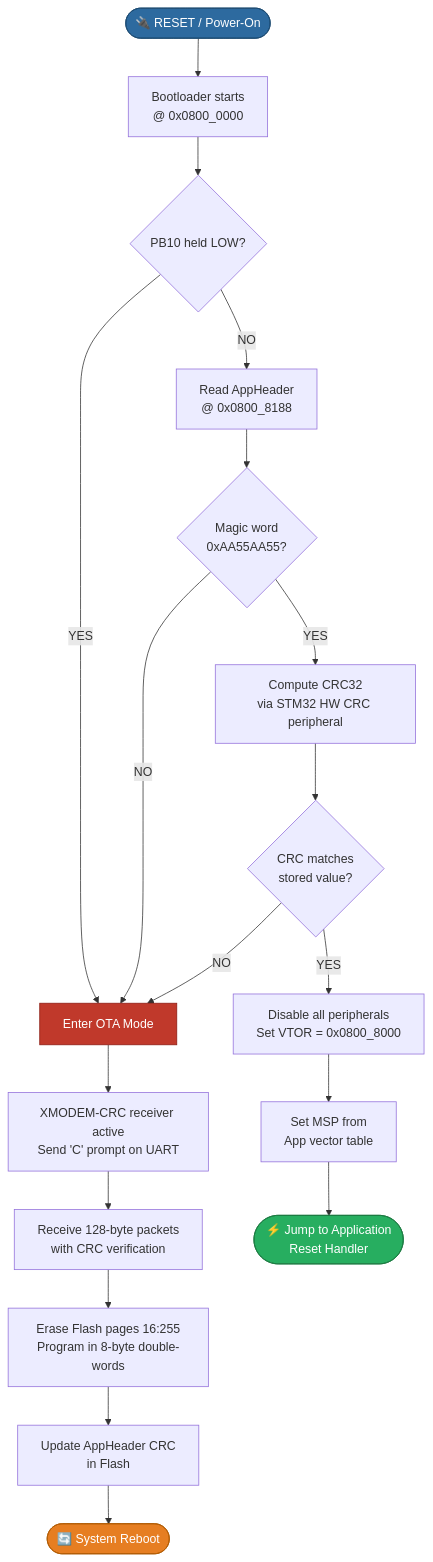
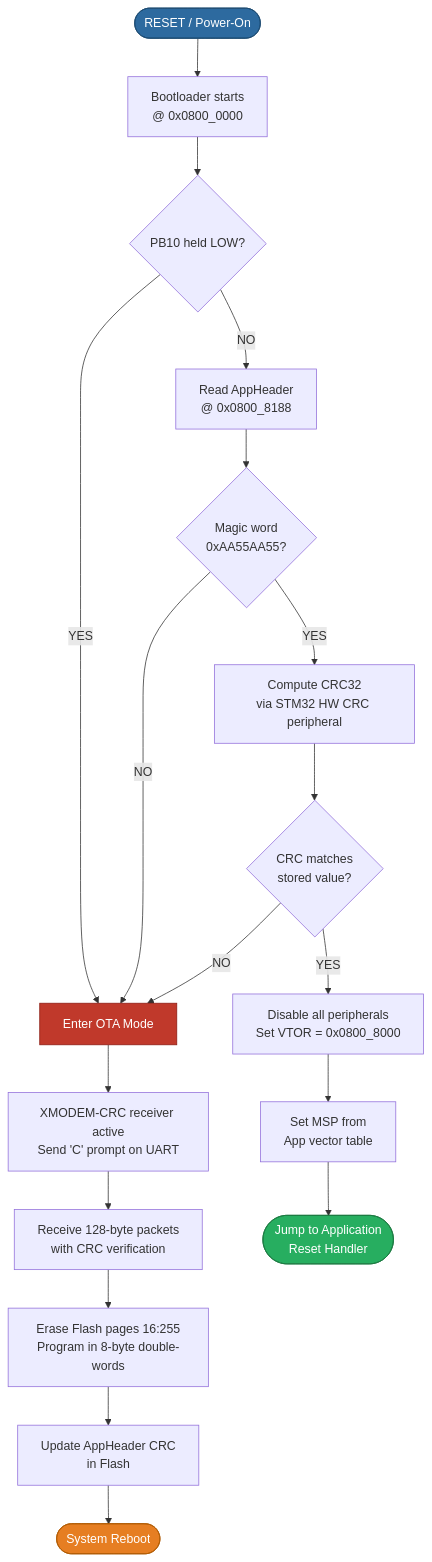
One commit to HeetYadav/STM32-FreeRTOS-Advanced-Embedded-System changed the first of 2 diagrams in README.md. Above: the diagram before and after it, drawn with Mermaid. The commit also changed other lines of this file and 15 other files, not shown here.

````diff
--- a/README.md
+++ b/README.md
@@ -42,30 +42,30 @@
 ```mermaid
 flowchart TD
-    A([🔌 RESET / Power-On]) --> B[Bootloader starts\n@ 0x0800_0000]
+    A([ RESET / Power-On]) --> B[Bootloader starts\n@ 0x0800_0000]
     B --> C{PB10 held LOW?}
 
     C -- YES --> OTA[Enter OTA Mode]
     C -- NO --> D[Read AppHeader\n@ 0x0800_8188]
 
     D --> E{Magic word\n0xAA55AA55?}
     E -- NO --> OTA
     E -- YES --> F[Compute CRC32\nvia STM32 HW CRC peripheral]
 
     F --> G{CRC matches\nstored value?}
     G -- NO --> OTA
     G -- YES --> H[Disable all peripherals\nSet VTOR = 0x0800_8000]
 
     H --> I[Set MSP from\nApp vector table]
-    I --> J([⚡ Jump to Application\nReset Handler])
+    I --> J([ Jump to Application\nReset Handler])
 
     OTA --> K[XMODEM-CRC receiver active\nSend 'C' prompt on UART]
     K --> L[Receive 128-byte packets\nwith CRC verification]
     L --> M[Erase Flash pages 16:255\nProgram in 8-byte double-words]
     M --> N[Update AppHeader CRC\nin Flash]
-    N --> O([🔄 System Reboot])
+    N --> O([ System Reboot])
 
     style A fill:#2d6a9f,color:#fff,stroke:#1a4a70
     style J fill:#27ae60,color:#fff,stroke:#1a7a40
     style O fill:#e67e22,color:#fff,stroke:#b05a00
     style OTA fill:#c0392b,color:#fff,stroke:#8c1c13
 ```
````
